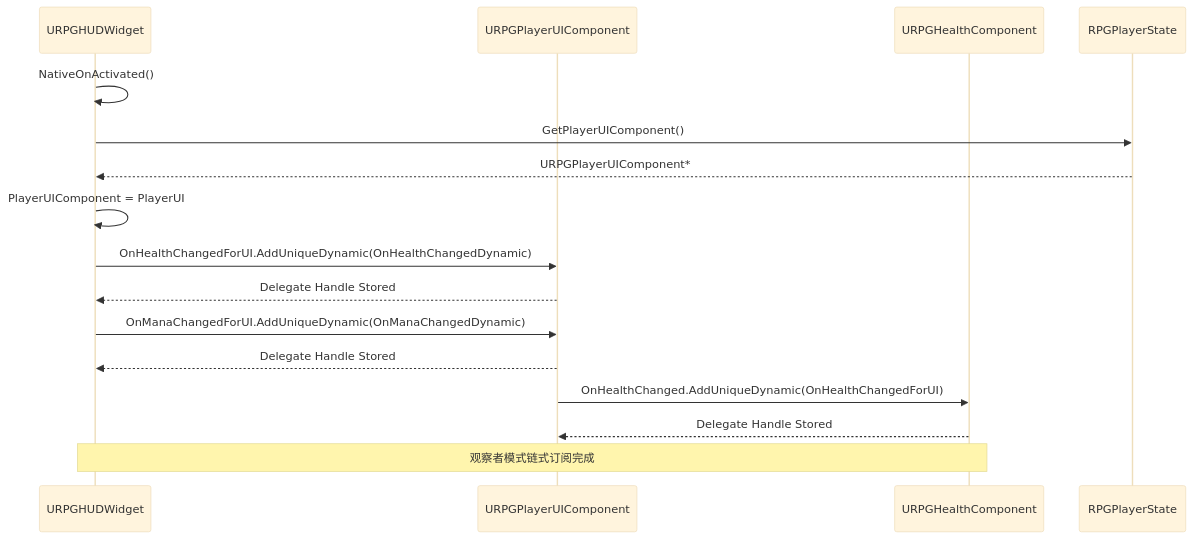
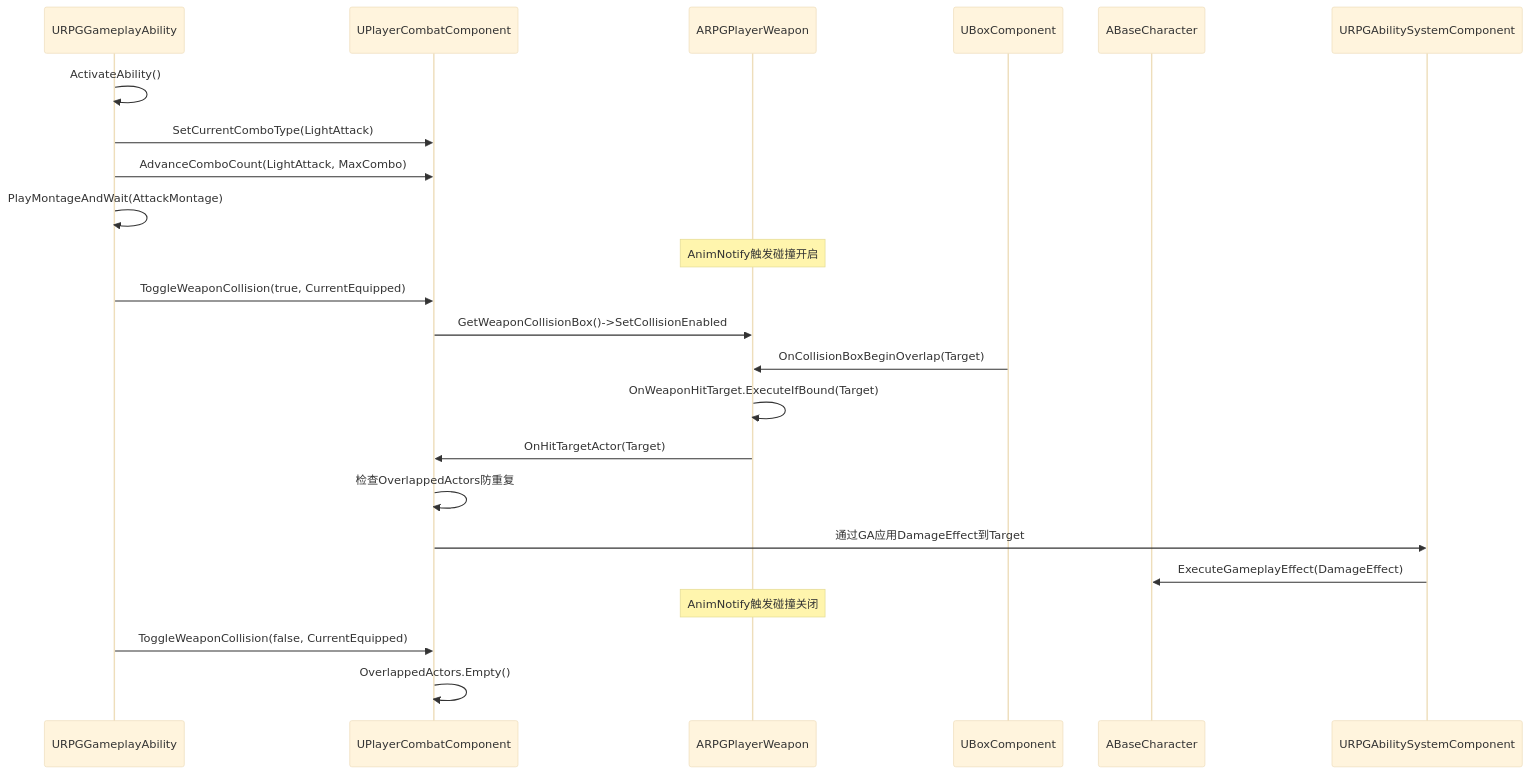
One commit to ARK31415/RPG changed the sixth of 21 diagrams in Source/Docs/DetailedDesign.md. Above: the diagram before and after it, drawn with Mermaid (base theme). The commit also changed other lines of this file and 11 other files, not shown here.

````diff
--- a/Source/Docs/DetailedDesign.md
+++ b/Source/Docs/DetailedDesign.md
@@ -538,19 +327,26 @@
 ```mermaid
 sequenceDiagram
-    participant HUD as URPGHUDWidget
-    participant PlayerUI as URPGPlayerUIComponent
-    participant Health as URPGHealthComponent
-    participant PlayerState as RPGPlayerState
+    participant GA as URPGGameplayAbility
+    participant Combat as UPlayerCombatComponent
+    participant Weapon as ARPGPlayerWeapon
+    participant CollisionBox as UBoxComponent
+    participant Target as ABaseCharacter
+    participant ASC as URPGAbilitySystemComponent
     
-    HUD->>HUD: NativeOnActivated()
-    HUD->>PlayerState: GetPlayerUIComponent()
-    PlayerState-->>HUD: URPGPlayerUIComponent*
-    HUD->>HUD: PlayerUIComponent = PlayerUI
-    HUD->>PlayerUI: OnHealthChangedForUI.AddUniqueDynamic(OnHealthChangedDynamic)
-    PlayerUI-->>HUD: Delegate Handle Stored
-    HUD->>PlayerUI: OnManaChangedForUI.AddUniqueDynamic(OnManaChangedDynamic)
-    PlayerUI-->>HUD: Delegate Handle Stored
-    PlayerUI->>Health: OnHealthChanged.AddUniqueDynamic(OnHealthChangedForUI)
-    Health-->>PlayerUI: Delegate Handle Stored
-    Note over HUD,Health: 观察者模式链式订阅完成
+    GA->>GA: ActivateAbility()
+    GA->>Combat: SetCurrentComboType(LightAttack)
+    GA->>Combat: AdvanceComboCount(LightAttack, MaxCombo)
+    GA->>GA: PlayMontageAndWait(AttackMontage)
+    Note over Weapon: AnimNotify触发碰撞开启
+    GA->>Combat: ToggleWeaponCollision(true, CurrentEquipped)
+    Combat->>Weapon: GetWeaponCollisionBox()->SetCollisionEnabled
+    CollisionBox->>Weapon: OnCollisionBoxBeginOverlap(Target)
+    Weapon->>Weapon: OnWeaponHitTarget.ExecuteIfBound(Target)
+    Weapon->>Combat: OnHitTargetActor(Target)
+    Combat->>Combat: 检查OverlappedActors防重复
+    Combat->>ASC: 通过GA应用DamageEffect到Target
+    ASC->>Target: ExecuteGameplayEffect(DamageEffect)
+    Note over Weapon: AnimNotify触发碰撞关闭
+    GA->>Combat: ToggleWeaponCollision(false, CurrentEquipped)
+    Combat->>Combat: OverlappedActors.Empty()
 ```
````
